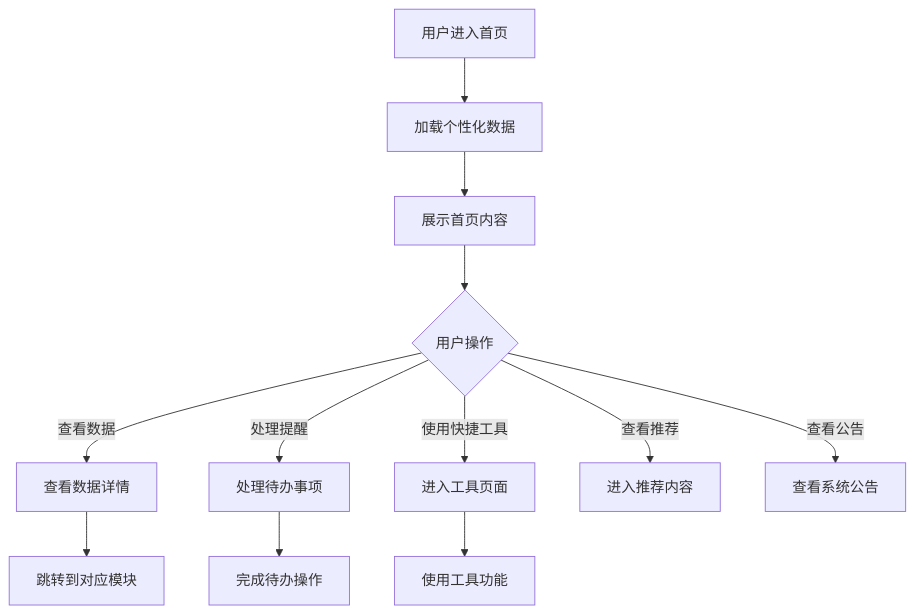
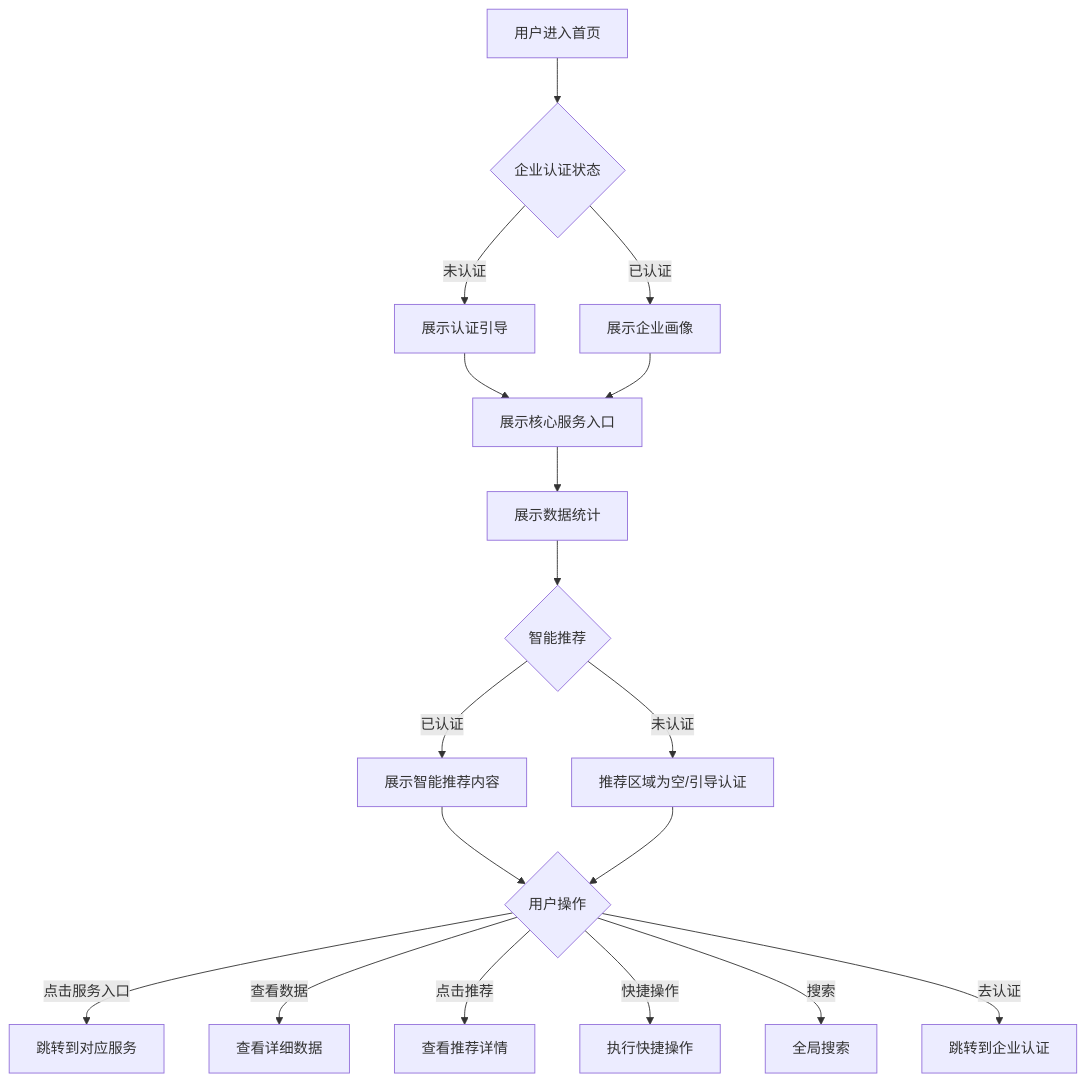
Before and after one commit to 573746624-hash/JZT------20260310: the diagram in docs/首页/首页.md, drawn with Mermaid. The commit also changed other lines of this file and 25 other files, not shown here.

````diff
--- a/docs/首页/首页.md
+++ b/docs/首页/首页.md
@@ -9,14 +8,20 @@
 ```mermaid
 flowchart TD
-    A[用户进入首页] --> B[加载个性化数据]
-    B --> C[展示首页内容]
-    C --> D{用户操作}
-    D -->|查看数据| E[查看数据详情]
-    D -->|处理提醒| F[处理待办事项]
-    D -->|使用快捷工具| G[进入工具页面]
-    D -->|查看推荐| H[进入推荐内容]
-    D -->|查看公告| I[查看系统公告]
-    E --> J[跳转到对应模块]
-    F --> K[完成待办操作]
-    G --> L[使用工具功能]
+    A[用户进入首页] --> B{企业认证状态}
+    B -->|未认证| C[展示认证引导]
+    B -->|已认证| D[展示企业画像]
+    C --> E[展示核心服务入口]
+    D --> E
+    E --> F[展示数据统计]
+    F --> G{智能推荐}
+    G -->|未认证| H[推荐区域为空/引导认证]
+    G -->|已认证| I[展示智能推荐内容]
+    I --> J{用户操作}
+    H --> J
+    J -->|点击服务入口| K[跳转到对应服务]
+    J -->|查看数据| L[查看详细数据]
+    J -->|点击推荐| M[查看推荐详情]
+    J -->|快捷操作| N[执行快捷操作]
+    J -->|搜索| O[全局搜索]
+    J -->|去认证| P[跳转到企业认证]
 ```
````
